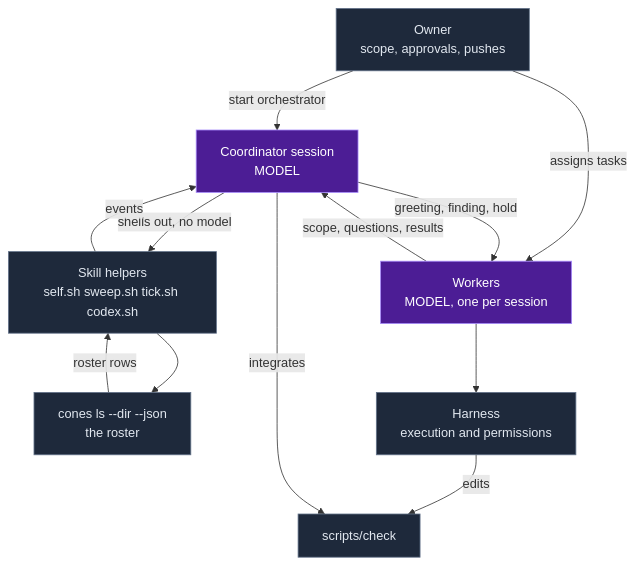
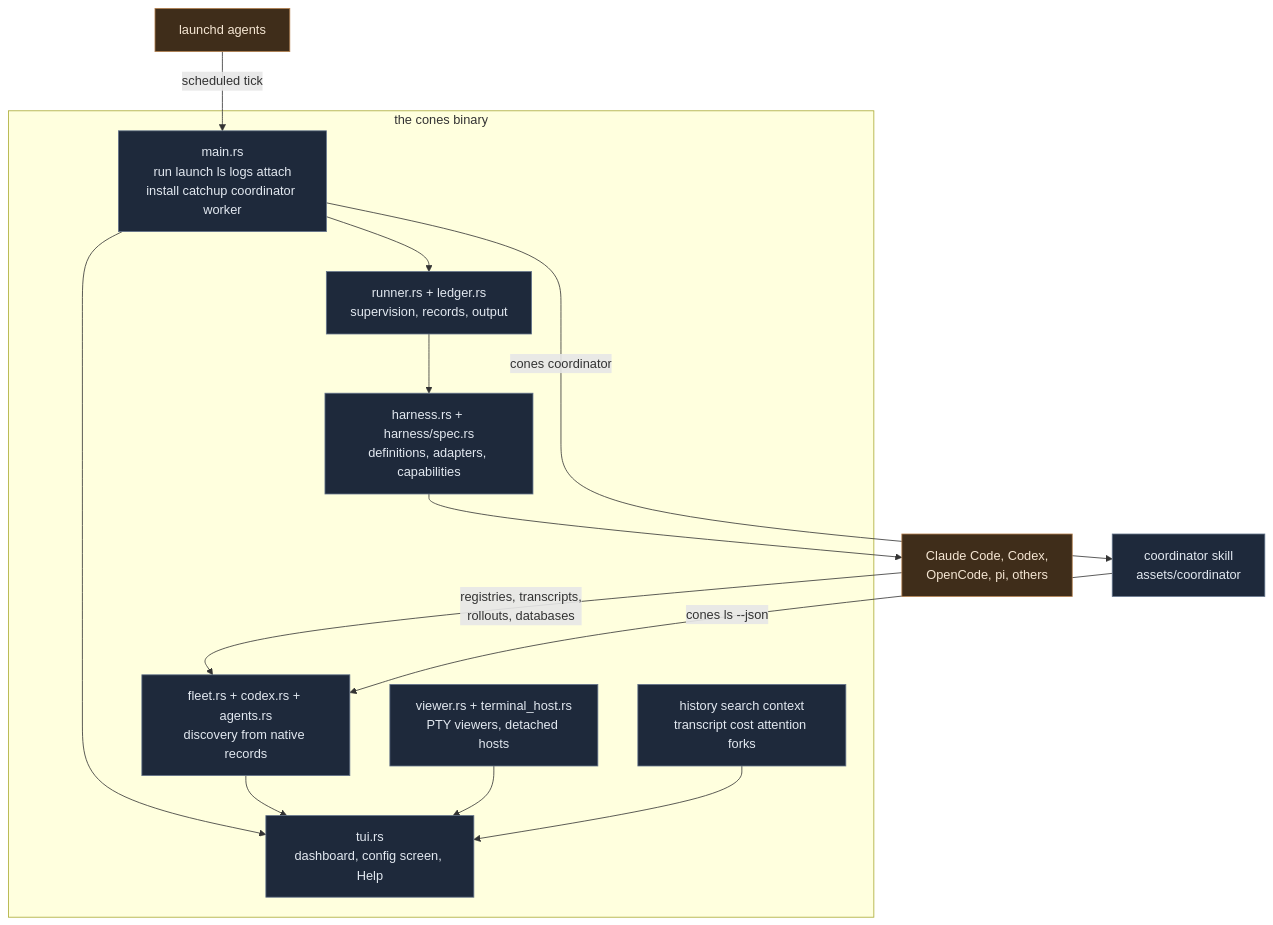
The first of 4 diagrams in docs/architecture.md (YuvalSarel1/cones), drawn with Mermaid before and after one commit. The commit also changed other lines of this file and 6 other files, not shown here.

First line of the commit message:
Make the coordinator skill native to cones

````diff
--- a/docs/architecture.md
+++ b/docs/architecture.md
@@ -25,27 +30,31 @@
 ```mermaid
 flowchart TB
-    Owner["Owner<br/>scope, approvals, pushes"]
-    Coord["Coordinator session<br/>MODEL"]
-    Helpers["Skill helpers<br/>self.sh sweep.sh tick.sh codex.sh"]
-    Cones["cones ls --dir --json<br/>the roster"]
-    Harness["Harness<br/>execution and permissions"]
-    Workers["Workers<br/>MODEL, one per session"]
-    Check["scripts/check"]
+    subgraph binary ["the cones binary"]
+        CLI["main.rs<br/>run launch ls logs attach<br/>install catchup coordinator worker"]
+        TUI["tui.rs<br/>dashboard, config screen, Help"]
+        RUN["runner.rs + ledger.rs<br/>supervision, records, output"]
+        HAR["harness.rs + harness/spec.rs<br/>definitions, adapters, capabilities"]
+        FLEET["fleet.rs + codex.rs + agents.rs<br/>discovery from native records"]
+        VIEW["viewer.rs + terminal_host.rs<br/>PTY viewers, detached hosts"]
+        READ["history search context<br/>transcript cost attention forks"]
+    end
+    LAUNCHD["launchd agents"]
+    HARNESS["Claude Code, Codex,<br/>OpenCode, pi, others"]
+    COORD["coordinator skill<br/>assets/coordinator"]
 
-    Owner -->|start orchestrator| Coord
-    Owner -->|assigns tasks| Workers
-    Coord -->|shells out, no model| Helpers
-    Helpers --> Cones
-    Cones -->|roster rows| Helpers
-    Helpers -->|events| Coord
-    Coord -->|greeting, finding, hold| Workers
-    Workers -->|scope, questions, results| Coord
-    Workers --> Harness
-    Harness -->|edits| Check
-    Coord -->|integrates| Check
+    LAUNCHD -->|scheduled tick| CLI
+    CLI --> RUN
+    CLI --> TUI
+    RUN --> HAR --> HARNESS
+    HARNESS -->|registries, transcripts,<br/>rollouts, databases| FLEET
+    FLEET --> TUI
+    VIEW --> TUI
+    READ --> TUI
+    CLI -->|cones coordinator| COORD
+    COORD -->|cones ls --json| FLEET
 
-    classDef model fill:#4c1d95,stroke:#a78bfa,color:#fff
-    classDef plain fill:#1e293b,stroke:#64748b,color:#e2e8f0
-    class Coord,Workers model
-    class Helpers,Cones,Harness,Check,Owner plain
+    classDef owned fill:#1e293b,stroke:#64748b,color:#e2e8f0
+    classDef foreign fill:#3f2d1a,stroke:#b58150,color:#f5e6d3
+    class CLI,TUI,RUN,HAR,FLEET,VIEW,READ,COORD owned
+    class HARNESS,LAUNCHD foreign
 ```
````
